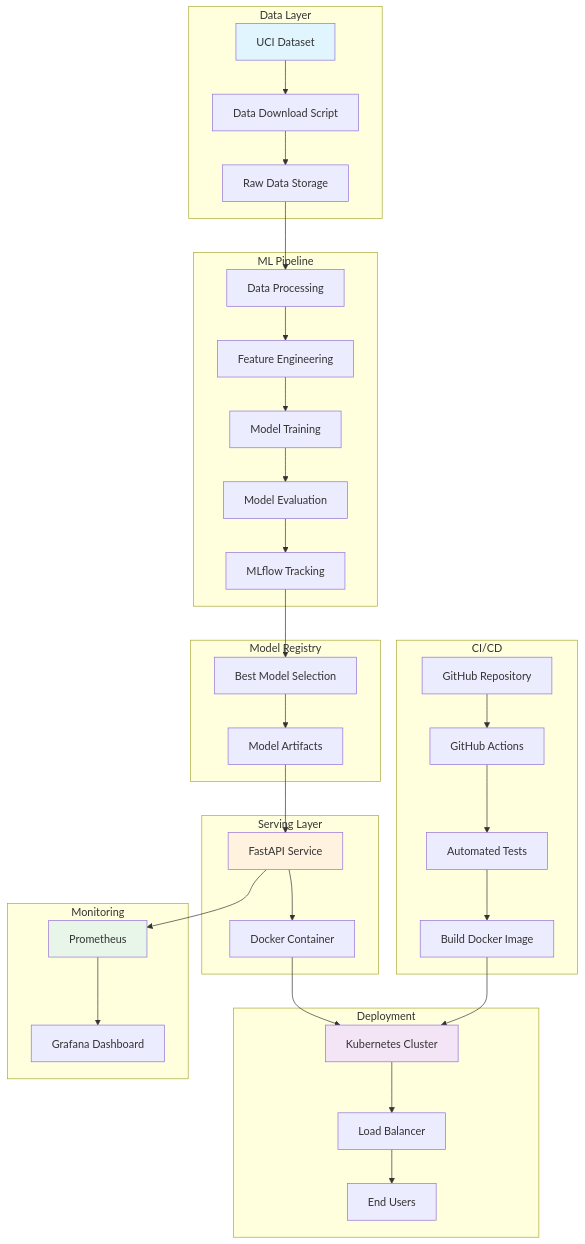
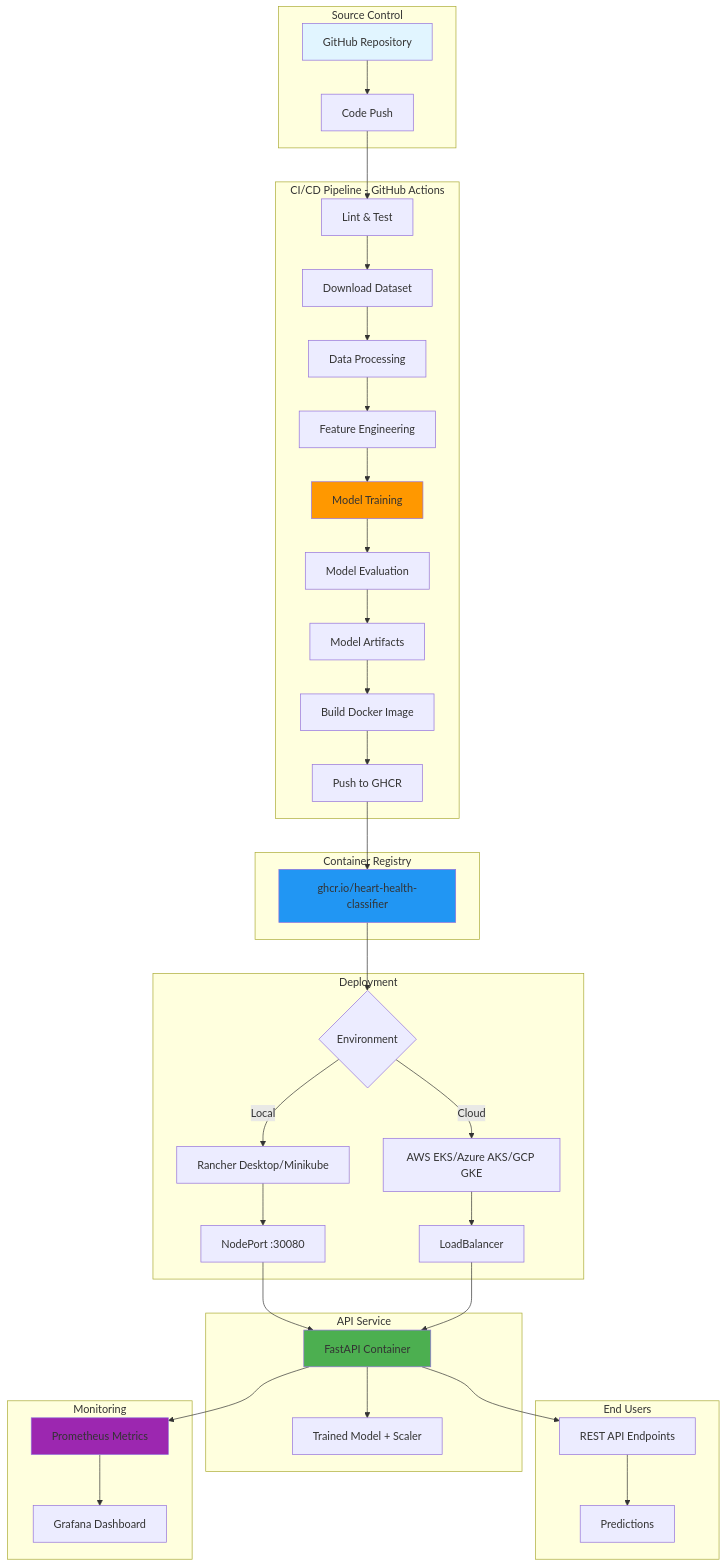
Before and after one commit to 2024ac05841-design/heart-health-classifier: the first of 4 diagrams in README.md, drawn with Mermaid.

Commit message:
Update High-Level System Architecture diagram to reflect CI/CD model training workflow

````diff
--- a/README.md
+++ b/README.md
@@ -48,48 +48,52 @@
 ```mermaid
 graph TB
-    subgraph "Data Layer"
-        A[UCI Dataset] --> B[Data Download Script]
-        B --> C[Raw Data Storage]
+    subgraph "Source Control"
+        A[GitHub Repository] --> B[Code Push]
     end
     
-    subgraph "ML Pipeline"
-        C --> D[Data Processing]
-        D --> E[Feature Engineering]
-        E --> F[Model Training]
-        F --> G[Model Evaluation]
-        G --> H[MLflow Tracking]
+    subgraph "CI/CD Pipeline - GitHub Actions"
+        B --> C[Lint & Test]
+        C --> D[Download Dataset]
+        D --> E[Data Processing]
+        E --> F[Feature Engineering]
+        F --> G[Model Training]
+        G --> H[Model Evaluation]
+        H --> I[Model Artifacts]
+        I --> J[Build Docker Image]
+        J --> K[Push to GHCR]
     end
     
-    subgraph "Model Registry"
-        H --> I[Best Model Selection]
-        I --> J[Model Artifacts]
-    end
-    
-    subgraph "Serving Layer"
-        J --> K[FastAPI Service]
-        K --> L[Docker Container]
+    subgraph "Container Registry"
+        K --> L[ghcr.io/heart-health-classifier]
     end
     
     subgraph "Deployment"
-        L --> M[Kubernetes Cluster]
-        M --> N[Load Balancer]
-        N --> O[End Users]
+        L --> M{Environment}
+        M -->|Local| N[Rancher Desktop/Minikube]
+        M -->|Cloud| O[AWS EKS/Azure AKS/GCP GKE]
+        N --> P[NodePort :30080]
+        O --> Q[LoadBalancer]
+    end
+    
+    subgraph "API Service"
+        P --> R[FastAPI Container]
+        Q --> R
+        R --> S[Trained Model + Scaler]
+    end
+    
+    subgraph "End Users"
+        R --> T[REST API Endpoints]
+        T --> U[Predictions]
     end
     
     subgraph "Monitoring"
-        K --> P[Prometheus]
-        P --> Q[Grafana Dashboard]
-    end
-    
-    subgraph "CI/CD"
-        R[GitHub Repository] --> S[GitHub Actions]
-        S --> T[Automated Tests]
-        T --> U[Build Docker Image]
-        U --> M
+        R --> V[Prometheus Metrics]
+        V --> W[Grafana Dashboard]
     end
     
     style A fill:#e1f5ff
-    style K fill:#fff3e0
-    style M fill:#f3e5f5
-    style P fill:#e8f5e9
+    style G fill:#ff9800
+    style L fill:#2196f3
+    style R fill:#4caf50
+    style V fill:#9c27b0
 ```
````
